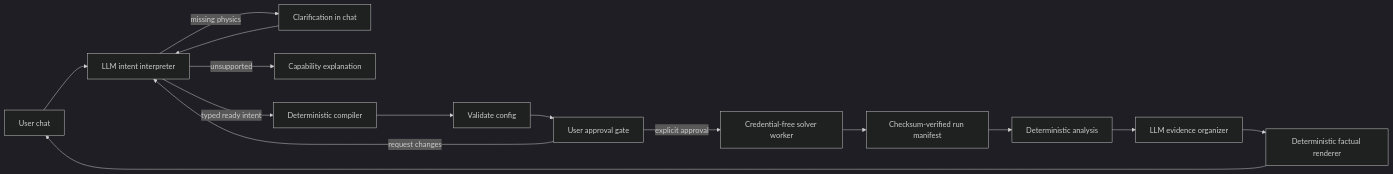
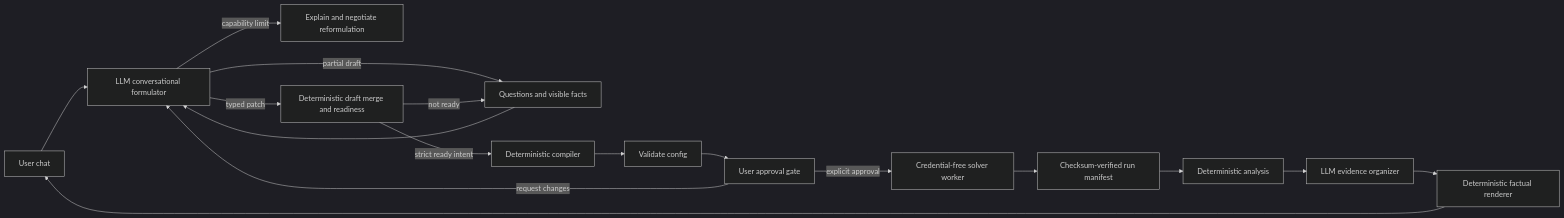
Before and after one commit to cdev911/AgenticTopologyOptimization: the diagram in README.md, drawn with Mermaid (dark theme). The commit also changed other lines of this file and 6 other files, not shown here.

````diff
--- a/README.md
+++ b/README.md
@@ -50,17 +52,19 @@
 ```mermaid
 flowchart LR
-    U[User chat] --> I[LLM intent interpreter]
-    I -->|missing physics| C[Clarification in chat]
+    U[User chat] --> I[LLM conversational formulator]
+    I -->|partial draft| C[Questions and visible facts]
     C --> I
-    I -->|unsupported| X[Capability explanation]
-    I -->|typed ready intent| D[Deterministic compiler]
+    I -->|capability limit| X[Explain and negotiate reformulation]
+    I -->|typed patch| S[Deterministic draft merge and readiness]
+    S -->|not ready| C
+    S -->|strict ready intent| D[Deterministic compiler]
     D --> V[Validate config]
     V --> Q[User approval gate]
     Q -->|request changes| I
     Q -->|explicit approval| R[Credential-free solver worker]
     R --> M[Checksum-verified run manifest]
     M --> A[Deterministic analysis]
     A --> E[LLM evidence organizer]
     E --> P[Deterministic factual renderer]
     P --> U
 ```
````
